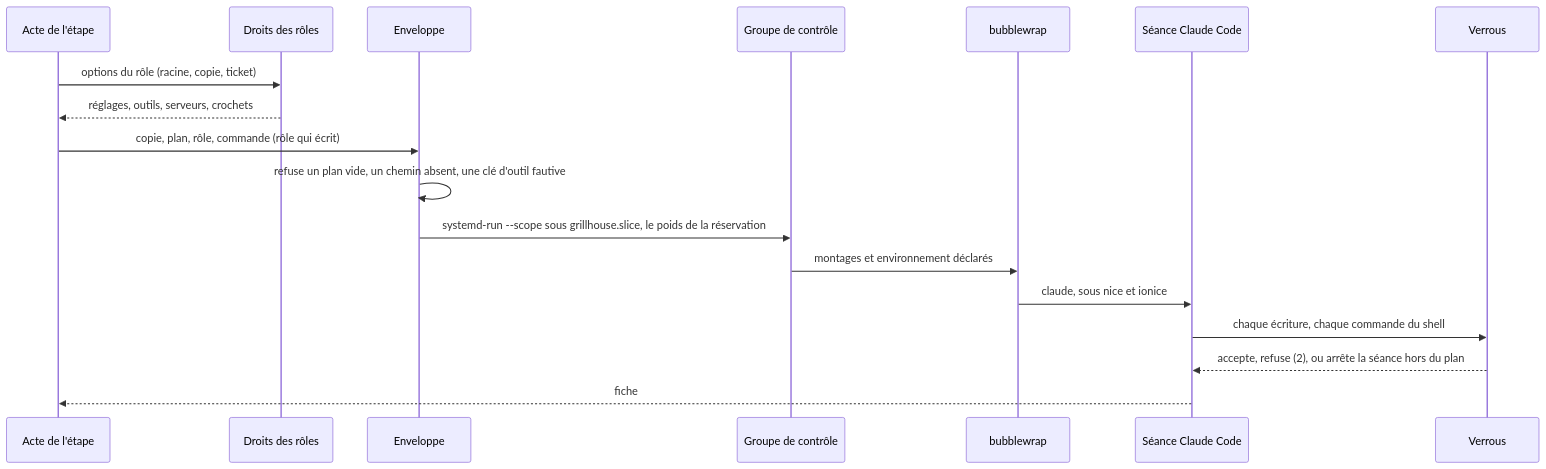
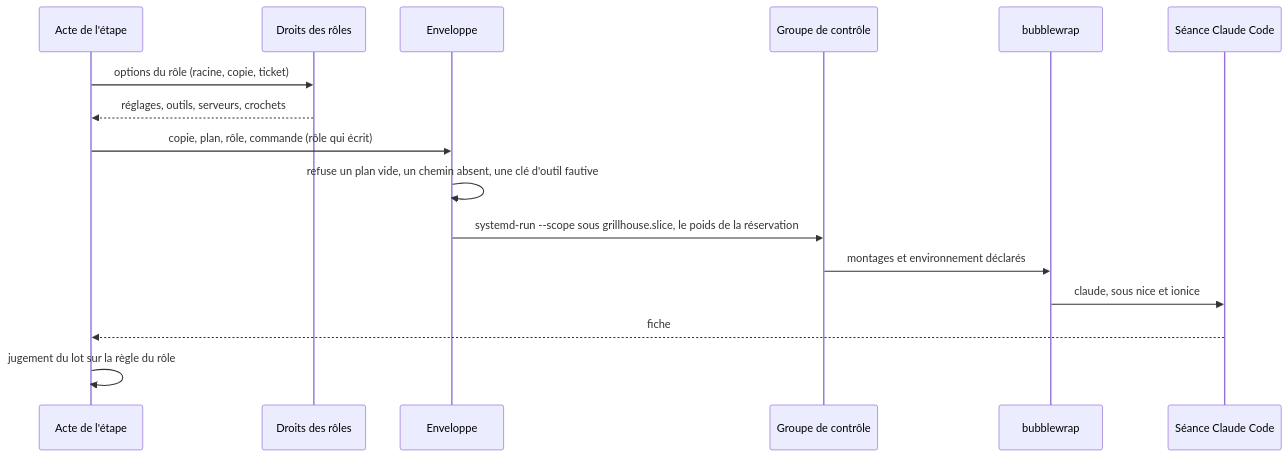
The fourth of 5 diagrams in packages/grillhouse/docs/architecture/machine.md (roomi-fields/roomis-grillhouse), drawn with Mermaid before and after one commit. The commit also changed other lines of this file and 6 other files, not shown here.

Commit message:
docs(@roomi-fields/grillhouse): l'enveloppe borne au plan, le lot se juge en fin de séance, tous les outils pour tous les rôles (grillhouse-3uv.261)

````diff
--- a/packages/grillhouse/docs/architecture/machine.md
+++ b/packages/grillhouse/docs/architecture/machine.md
@@ -269,20 +270,18 @@
 ```mermaid
 sequenceDiagram
   participant X as Acte de l'étape
   participant R as Droits des rôles
   participant E as Enveloppe
   participant G as Groupe de contrôle
   participant B as bubblewrap
   participant S as Séance Claude Code
-  participant V as Verrous
   X->>R: options du rôle (racine, copie, ticket)
   R-->>X: réglages, outils, serveurs, crochets
   X->>E: copie, plan, rôle, commande (rôle qui écrit)
   E->>E: refuse un plan vide, un chemin absent, une clé d'outil fautive
   E->>G: systemd-run --scope sous grillhouse.slice, le poids de la réservation
   G->>B: montages et environnement déclarés
   B->>S: claude, sous nice et ionice
-  S->>V: chaque écriture, chaque commande du shell
-  V-->>S: accepte, refuse (2), ou arrête la séance hors du plan
   S-->>X: fiche
+  X->>X: jugement du lot sur la règle du rôle
 ```
````
